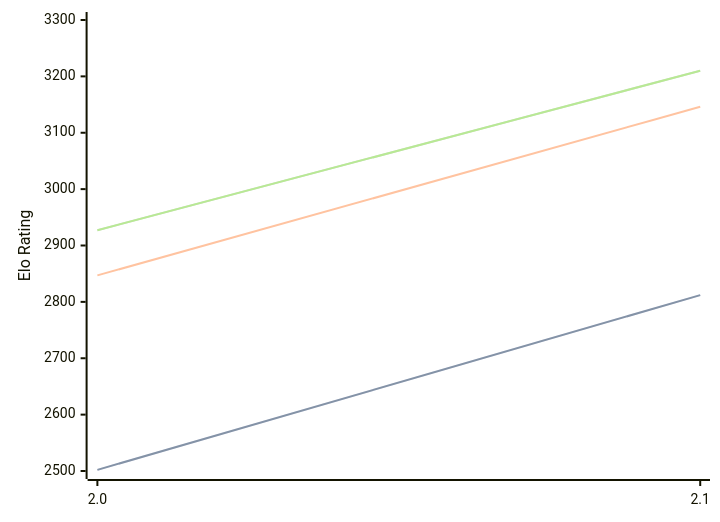
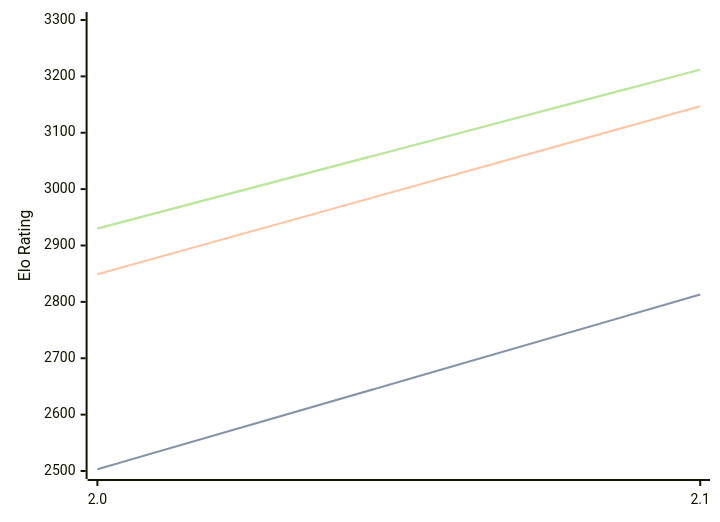
Before and after one commit to computer-chess-index/cci: the diagram in engines/Tunguska.md, drawn with Mermaid. The commit also changed other lines of this file, not shown here.

Commit message:
Update CCI Ratings (ELO VLTC) - 2026-09-01

````diff
--- a/engines/Tunguska.md
+++ b/engines/Tunguska.md
@@ -32,11 +32,11 @@
 ```mermaid
 %%{init: {"theme":"base","themeVariables":{"seriesColors:['#a3a3a3','#222221','#faa371']}}}%%
 xychart-beta
   x-axis ["2.0", "2.1"]
   y-axis "Elo Rating" 2500 --> 3300
-  line "" [2502, 2812]
-  line "STC (8.0+0.08s)" [2502, 2812]
-  line "LTC (60.0+0.60s)" [2847, 3146]
-  line "" [2927, 3210]
-  line "VLTC (2m24s+1.12s)" [2927, 3210]
+  line "" [2503, 2813]
+  line "STC (8.0+0.08s)" [2503, 2813]
+  line "LTC (60.0+0.60s)" [2849, 3147]
+  line "" [2930, 3212]
+  line "VLTC (2m24s+1.12s)" [2930, 3212]
 ```
````
